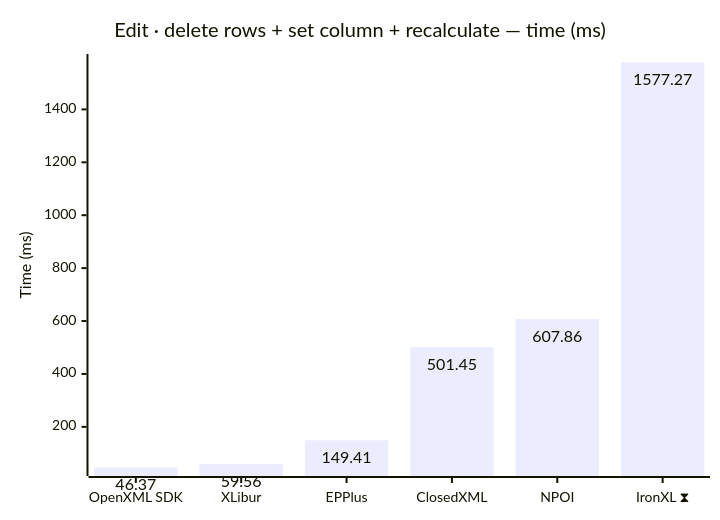
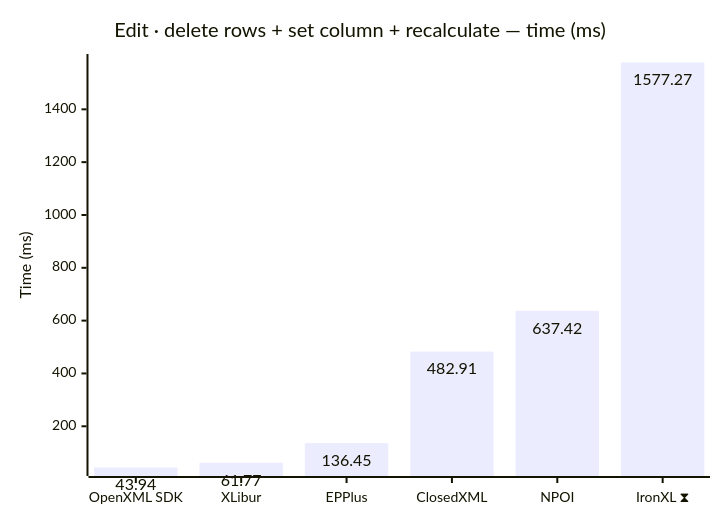
The ninth of 12 diagrams in docs/results-ci.md (jafin/XLBench), drawn with Mermaid before and after one commit. The commit also changed other lines of this file, not shown here.

````diff
--- a/docs/results-ci.md
+++ b/docs/results-ci.md
@@ -145,12 +145,12 @@
 ```mermaid
 ---
 config:
   xyChart:
     showDataLabel: true
 ---
 xychart-beta
     title "Edit · delete rows + set column + recalculate — time (ms)"
     x-axis ["OpenXML SDK", "XLibur", "EPPlus", "ClosedXML", "NPOI", "IronXL ⧗"]
     y-axis "Time (ms)"
-    bar [46.37, 59.56, 149.41, 501.45, 607.86, 1577.27]
+    bar [43.94, 61.77, 136.45, 482.91, 637.42, 1577.27]
 ```
````
